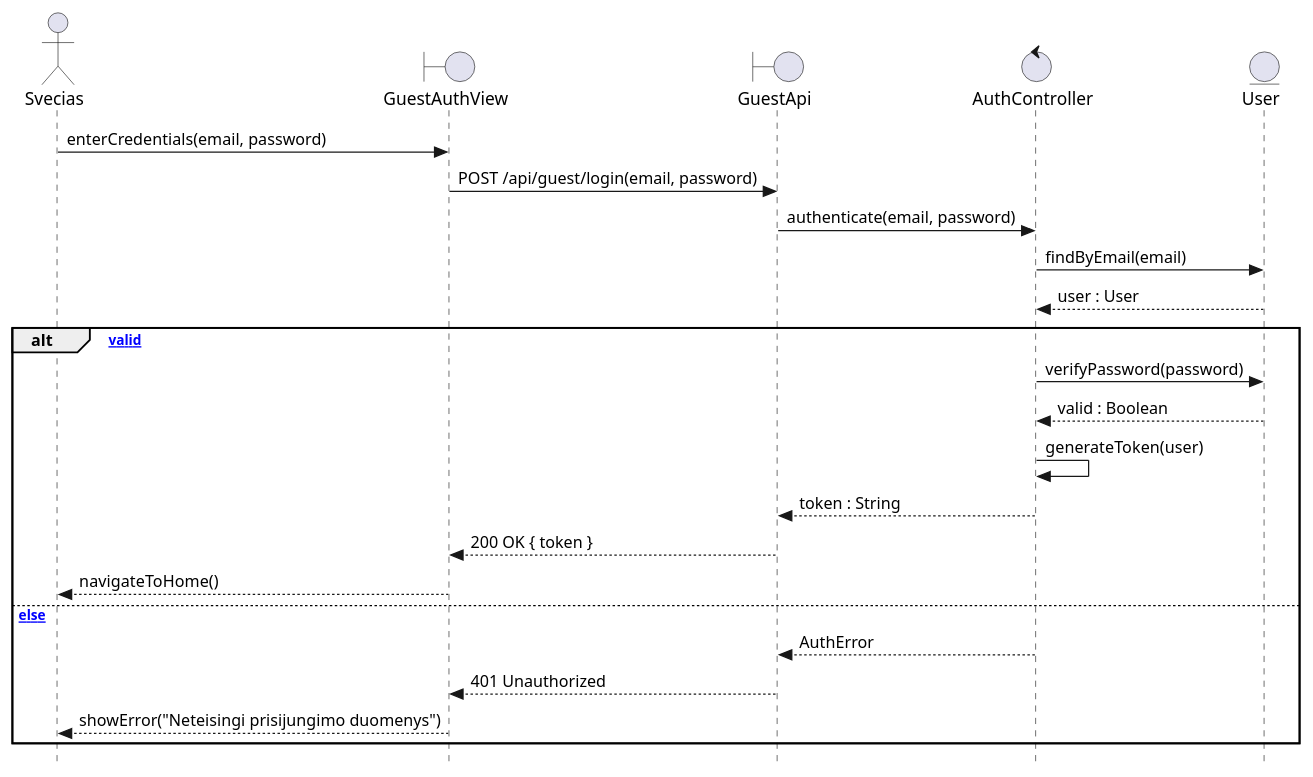
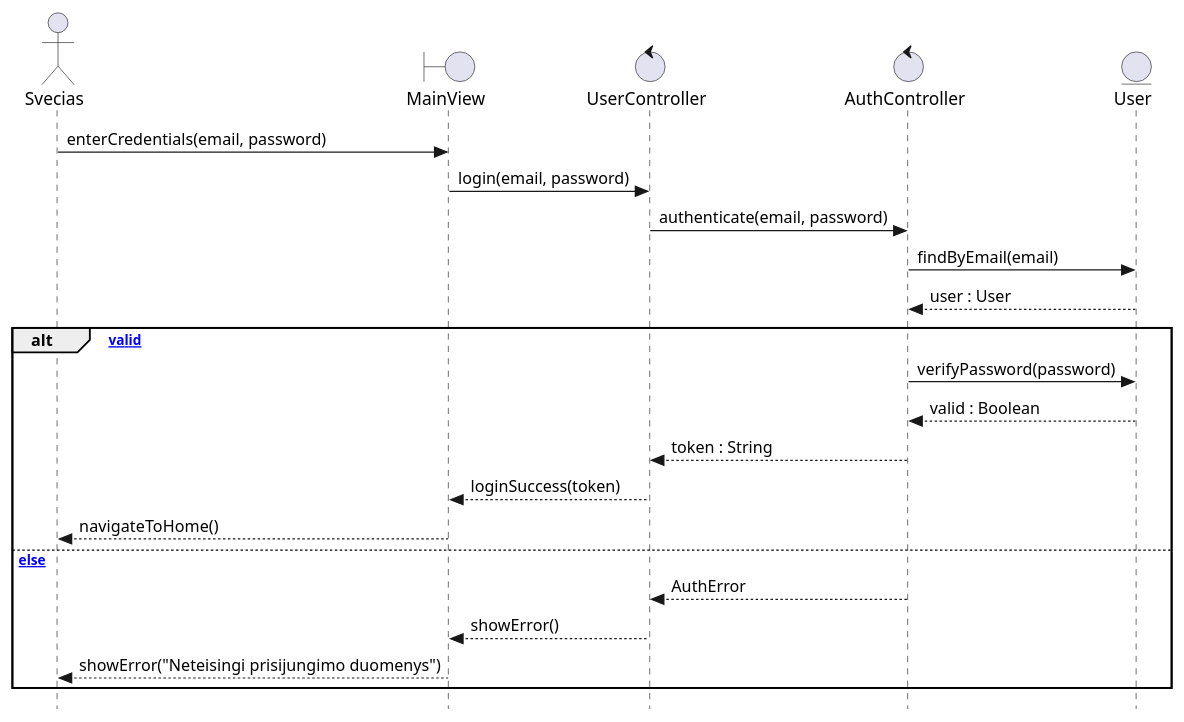
The diagram in _refs/diagrams-new-quick/sequence/svecio_posisteme/Prisijungti.puml (SauliusDev/ps-projektas), drawn with PlantUML before and after one commit. The commit also changed 86 other files, not shown here.

First line of the commit message:
feat: rewrite P2 sequence/package diagrams with proper BCE components

```diff
--- a/_refs/diagrams-new-quick/sequence/svecio_posisteme/Prisijungti.puml
+++ b/_refs/diagrams-new-quick/sequence/svecio_posisteme/Prisijungti.puml
@@ -1,28 +1,27 @@
 @startuml Prisijungti
 skinparam style strictuml
 
 actor Svecias as A
-boundary GuestAuthView as V
-boundary GuestApi as API
-control AuthController as C
+boundary MainView as V
+control UserController as FEC
+control AuthController as BEC
 entity User as E
 
 A -> V : enterCredentials(email, password)
-V -> API : POST /api/guest/login(email, password)
-API -> C : authenticate(email, password)
-C -> E : findByEmail(email)
-E --> C : user : User
+V -> FEC : login(email, password)
+FEC -> BEC : authenticate(email, password)
+BEC -> E : findByEmail(email)
+E --> BEC : user : User
 
 alt [credentials valid]
-  C -> E : verifyPassword(password)
-  E --> C : valid : Boolean
-  C -> C : generateToken(user)
-  C --> API : token : String
-  API --> V : 200 OK { token }
+  BEC -> E : verifyPassword(password)
+  E --> BEC : valid : Boolean
+  BEC --> FEC : token : String
+  FEC --> V : loginSuccess(token)
   V --> A : navigateToHome()
 else [else]
-  C --> API : AuthError
-  API --> V : 401 Unauthorized
+  BEC --> FEC : AuthError
+  FEC --> V : showError()
   V --> A : showError("Neteisingi prisijungimo duomenys")
 end
 @enduml
```
